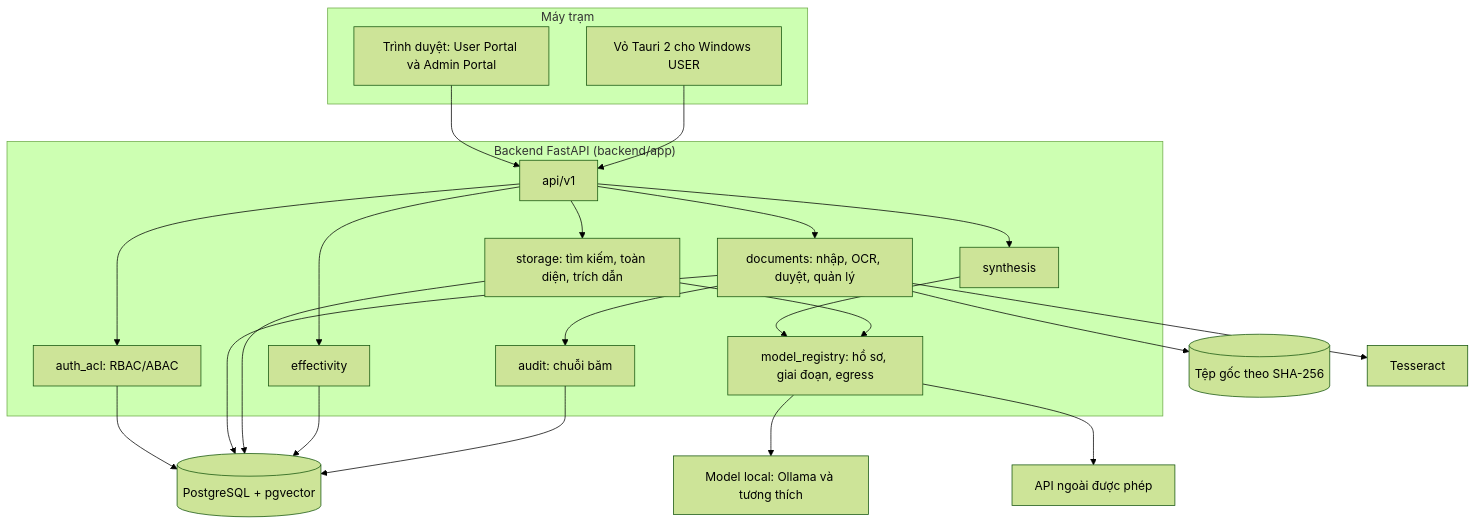
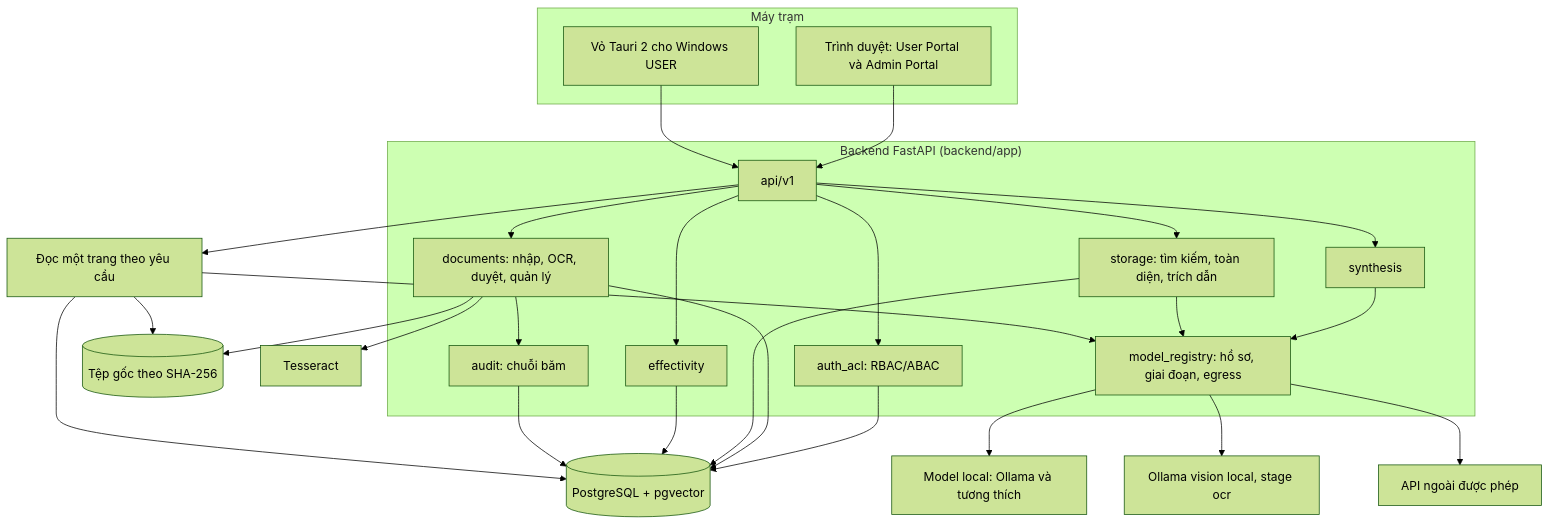
The diagram in docs/vi/ARCHITECTURE_OVERVIEW.md (deviouslove-ship-it/Evidence_RAG_Handoff), drawn with Mermaid (forest theme) before and after one commit. The commit also changed other lines of this file and 85 other files, not shown here.

Commit message:
Lưu baseline WIP hiện có (OCR AI 0017, page text, qwen3.5) trước kế hoạch so sánh & rà soát mâu thuẫn

````diff
--- a/docs/vi/ARCHITECTURE_OVERVIEW.md
+++ b/docs/vi/ARCHITECTURE_OVERVIEW.md
@@ -9,38 +9,43 @@
 ```mermaid
 flowchart TB
   subgraph Clients["Máy trạm"]
     W[Trình duyệt: User Portal và Admin Portal]
     D[Vỏ Tauri 2 cho Windows USER]
   end
   subgraph Server["Backend FastAPI (backend/app)"]
     API[api/v1]
     AUTH[auth_acl: RBAC/ABAC]
     DOC[documents: nhập, OCR, duyệt, quản lý]
     SRCH[storage: tìm kiếm, toàn diện, trích dẫn]
     EFF[effectivity]
     SYN[synthesis]
     REG[model_registry: hồ sơ, giai đoạn, egress]
     AUD[audit: chuỗi băm]
   end
   W --> API
   D --> API
   API --> AUTH
   API --> DOC
   API --> SRCH
   API --> EFF
   API --> SYN
   SYN --> REG
   SRCH --> REG
   DOC --> AUD
   DB[(PostgreSQL + pgvector)]
   FS[(Tệp gốc theo SHA-256)]
   AUTH --> DB
   DOC --> DB
   DOC --> FS
   SRCH --> DB
   EFF --> DB
   AUD --> DB
   REG --> LM[Model local: Ollama và tương thích]
+  REG --> OCRAI[Ollama vision local, stage ocr]
   REG --> EX[API ngoài được phép]
   DOC --> OCR[Tesseract]
+  API --> PAGE[Đọc một trang theo yêu cầu]
+  PAGE --> DB
+  PAGE --> FS
+  PAGE --> REG
 ```
````
